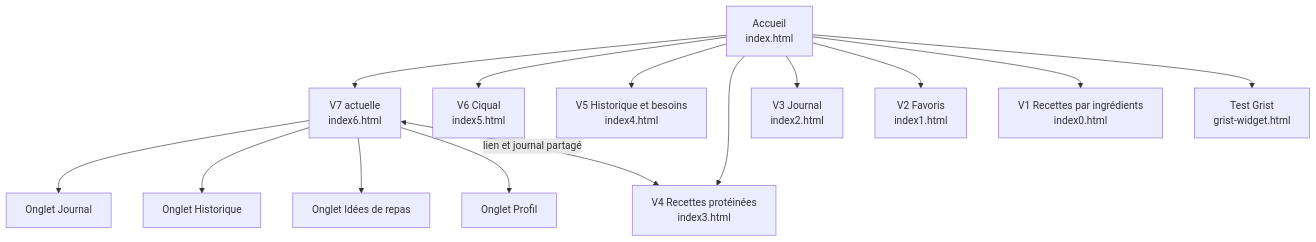
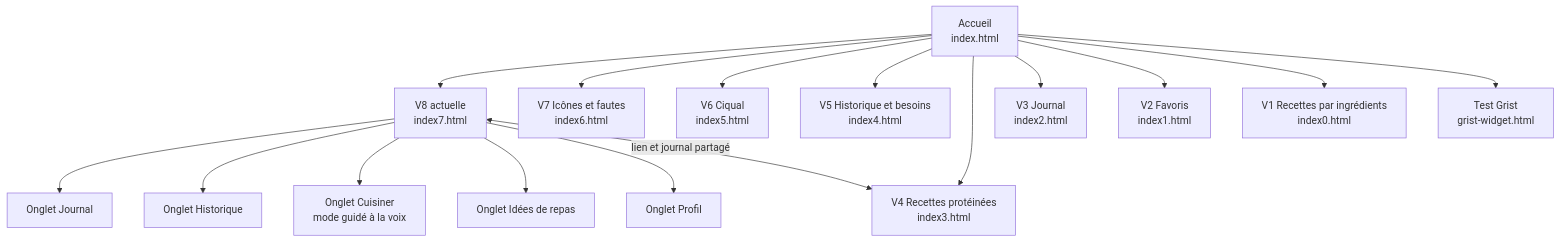
The first of 2 diagrams in accueil.md (Sami-Le/generateur-de-recettes), drawn with Mermaid before and after one commit. The commit also changed other lines of this file and 5 other files, not shown here.

First line of the commit message:
V8 : onglet Cuisiner, recettes guidées pas à pas à la voix

````diff
--- a/accueil.md
+++ b/accueil.md
@@ -25,17 +25,19 @@
 ```mermaid
 flowchart TD
-    A["Accueil<br/>index.html"] --> V7["V7 actuelle<br/>index6.html"]
+    A["Accueil<br/>index.html"] --> V8["V8 actuelle<br/>index7.html"]
+    A --> V7["V7 Icônes et fautes<br/>index6.html"]
     A --> V6["V6 Ciqual<br/>index5.html"]
     A --> V5["V5 Historique et besoins<br/>index4.html"]
     A --> V4["V4 Recettes protéinées<br/>index3.html"]
     A --> V3["V3 Journal<br/>index2.html"]
     A --> V2["V2 Favoris<br/>index1.html"]
     A --> V1["V1 Recettes par ingrédients<br/>index0.html"]
     A --> G["Test Grist<br/>grist-widget.html"]
 
-    V7 --> J["Onglet Journal"]
-    V7 --> H["Onglet Historique"]
-    V7 --> I["Onglet Idées de repas"]
-    V7 --> P["Onglet Profil"]
-    V7 <-->|"lien et journal partagé"| V4
+    V8 --> J["Onglet Journal"]
+    V8 --> H["Onglet Historique"]
+    V8 --> C["Onglet Cuisiner<br/>mode guidé à la voix"]
+    V8 --> I["Onglet Idées de repas"]
+    V8 --> P["Onglet Profil"]
+    V8 <-->|"lien et journal partagé"| V4
 ```
````
